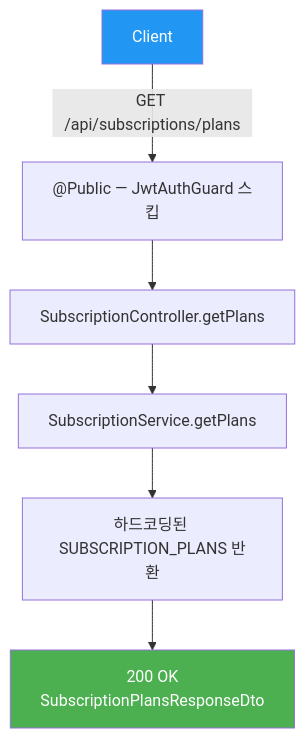
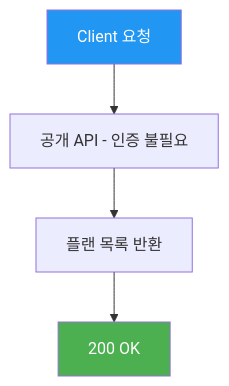
Before and after one commit to youngkim90/ddukddak-api: the first of 10 diagrams in docs/api/subscription-api.md, drawn with Mermaid. The commit also changed other lines of this file and 5 other files, not shown here.

First line of the commit message:
docs: simplify flowcharts with dual API/code flow structure

````diff
--- a/docs/api/subscription-api.md
+++ b/docs/api/subscription-api.md
@@ -24,11 +24,9 @@
 ```mermaid
 flowchart TD
-    A[Client] -->|"GET /api/subscriptions/plans"| B["@Public — JwtAuthGuard 스킵"]
-    B --> C[SubscriptionController.getPlans]
-    C --> D[SubscriptionService.getPlans]
-    D --> E["하드코딩된 SUBSCRIPTION_PLANS 반환"]
-    E --> F["200 OK<br/>SubscriptionPlansResponseDto"]
+    A[Client 요청] --> B[공개 API - 인증 불필요]
+    B --> C[플랜 목록 반환]
+    C --> D[200 OK]
 
     style A fill:#2196f3,color:#fff
-    style F fill:#4caf50,color:#fff
+    style D fill:#4caf50,color:#fff
 ```
````
